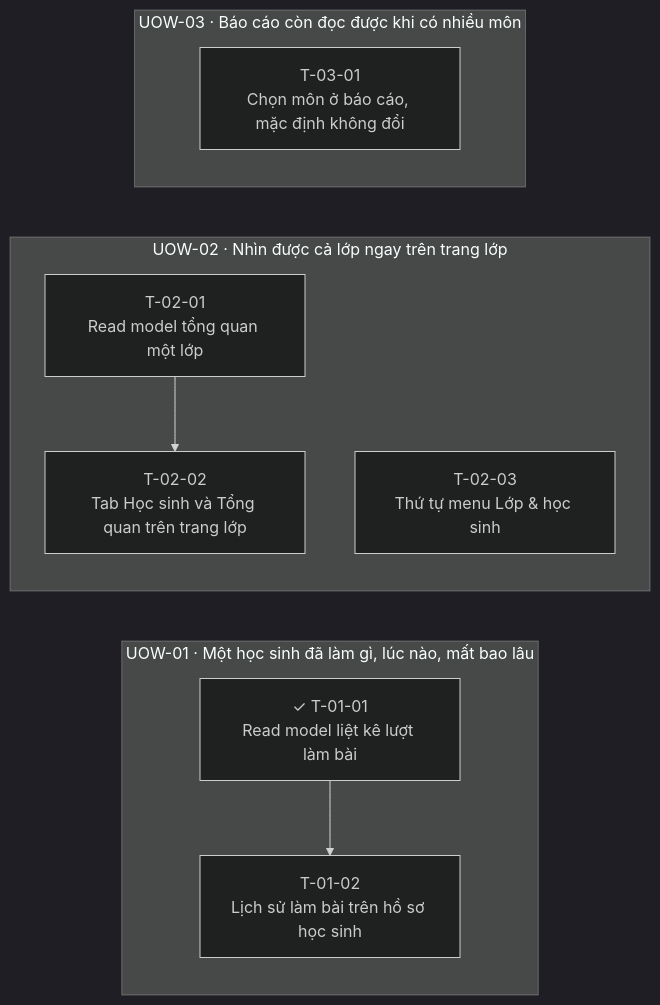
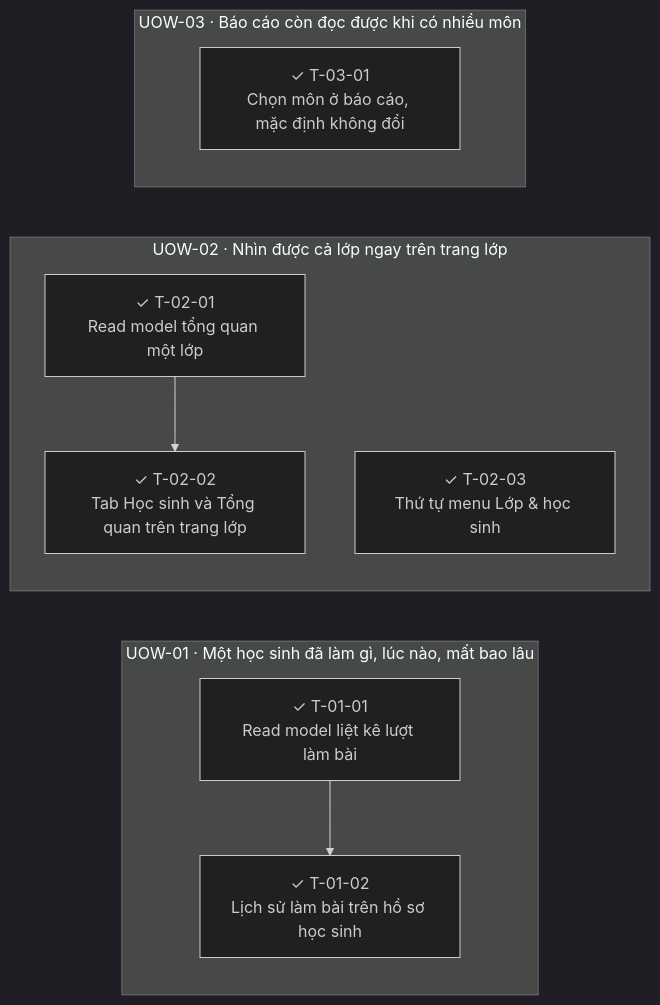
Before and after one commit to LocTran12310/examind: the diagram in .ai/features/2026092501-class-overview-and-subjects/05-ticket-graph.md, drawn with Mermaid (dark theme). The commit also changed other lines of this file and 35 other files, not shown here.

First line of the commit message:
feat: tổng quan cả lớp, lịch sử làm bài, và báo cáo tách theo môn

````diff
--- a/.ai/features/2026092501-class-overview-and-subjects/05-ticket-graph.md
+++ b/.ai/features/2026092501-class-overview-and-subjects/05-ticket-graph.md
@@ -24,17 +24,17 @@
 ```mermaid
 graph LR
   subgraph UOW_01["UOW-01 · Một học sinh đã làm gì, lúc nào, mất bao lâu"]
     T_01_01["✓ T-01-01<br/>Read model liệt kê lượt làm bài"]
-    T_01_02["T-01-02<br/>Lịch sử làm bài trên hồ sơ học sinh"]
+    T_01_02["✓ T-01-02<br/>Lịch sử làm bài trên hồ sơ học sinh"]
   end
   subgraph UOW_02["UOW-02 · Nhìn được cả lớp ngay trên trang lớp"]
-    T_02_01["T-02-01<br/>Read model tổng quan một lớp"]
-    T_02_02["T-02-02<br/>Tab Học sinh và Tổng quan trên trang lớp"]
-    T_02_03["T-02-03<br/>Thứ tự menu Lớp & học sinh"]
+    T_02_01["✓ T-02-01<br/>Read model tổng quan một lớp"]
+    T_02_02["✓ T-02-02<br/>Tab Học sinh và Tổng quan trên trang lớp"]
+    T_02_03["✓ T-02-03<br/>Thứ tự menu Lớp & học sinh"]
   end
   subgraph UOW_03["UOW-03 · Báo cáo còn đọc được khi có nhiều môn"]
-    T_03_01["T-03-01<br/>Chọn môn ở báo cáo, mặc định không đổi"]
+    T_03_01["✓ T-03-01<br/>Chọn môn ở báo cáo, mặc định không đổi"]
   end
   T_01_01 --> T_01_02
   T_02_01 --> T_02_02
 ```
````
